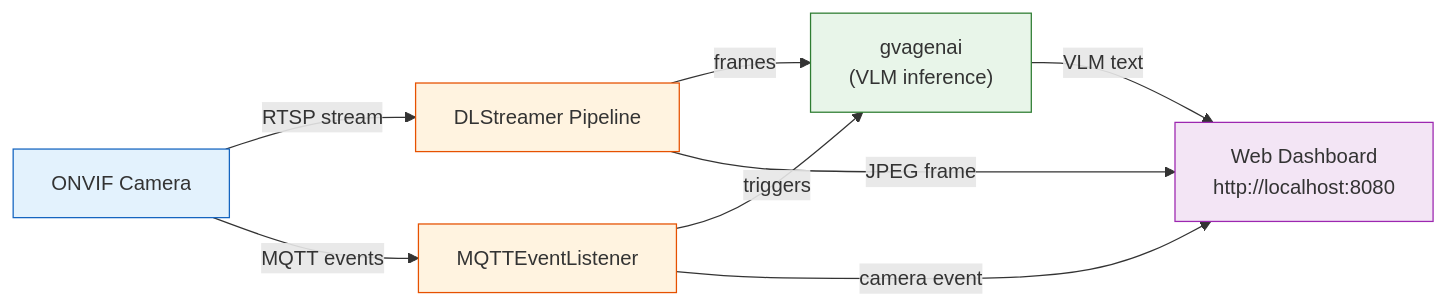
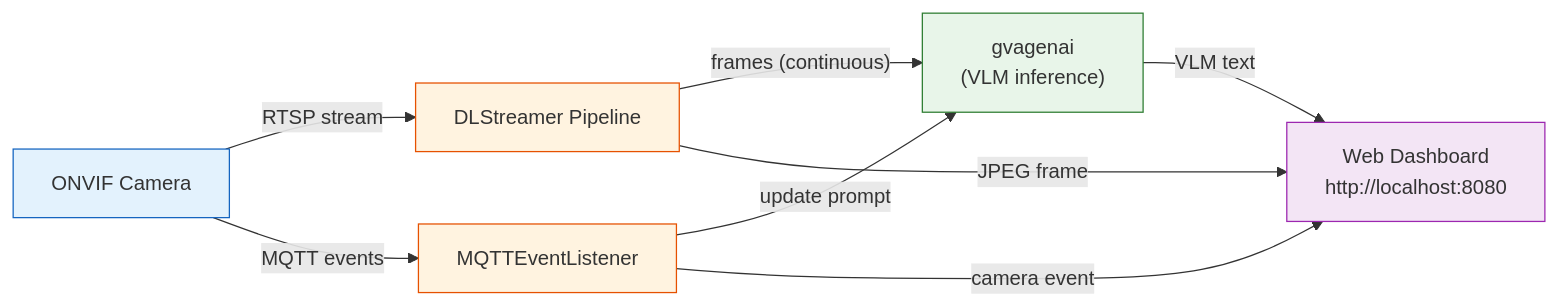
The first of 2 diagrams in samples/gstreamer/python/onvif_camera_analytics_validation/README.md (open-edge-platform/dlstreamer), drawn with Mermaid before and after one commit. The commit also changed other lines of this file and 1 other file, not shown here.

````diff
--- a/samples/gstreamer/python/onvif_camera_analytics_validation/README.md
+++ b/samples/gstreamer/python/onvif_camera_analytics_validation/README.md
@@ -12,16 +10,16 @@
 ```mermaid
 graph LR
     A["ONVIF Camera"] -->|"RTSP stream"| B["DLStreamer Pipeline"]
-    B -->|"frames"| D["gvagenai\n(VLM inference)"]
+    B -->|"frames (continuous)"| D["gvagenai\n(VLM inference)"]
     A -->|"MQTT events"| C["MQTTEventListener"]
-    C -->|"triggers"| D
+    C -->|"update prompt"| D
     D -->|"VLM text"| F["Web Dashboard\nhttp://localhost:8080"]
     C -->|"camera event"| F
     B -->|"JPEG frame"| F
 
     style A fill:#e3f2fd,stroke:#1565C0
     style B fill:#fff3e0,stroke:#E65100
     style C fill:#fff3e0,stroke:#E65100
     style D fill:#e8f5e9,stroke:#2E7D32
     style F fill:#f3e5f5,stroke:#9C27B0
 ```
````
